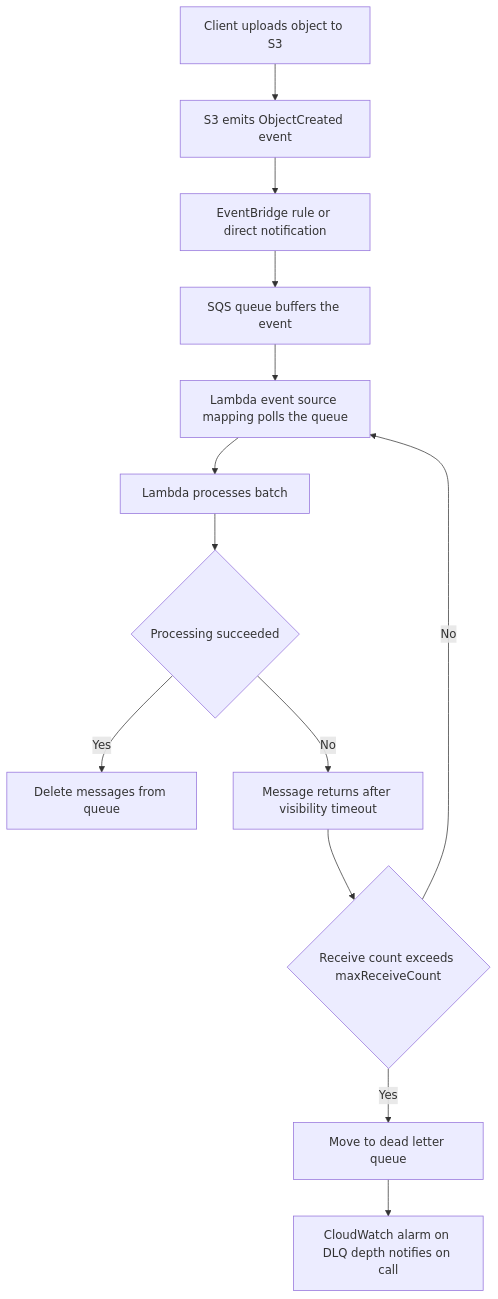
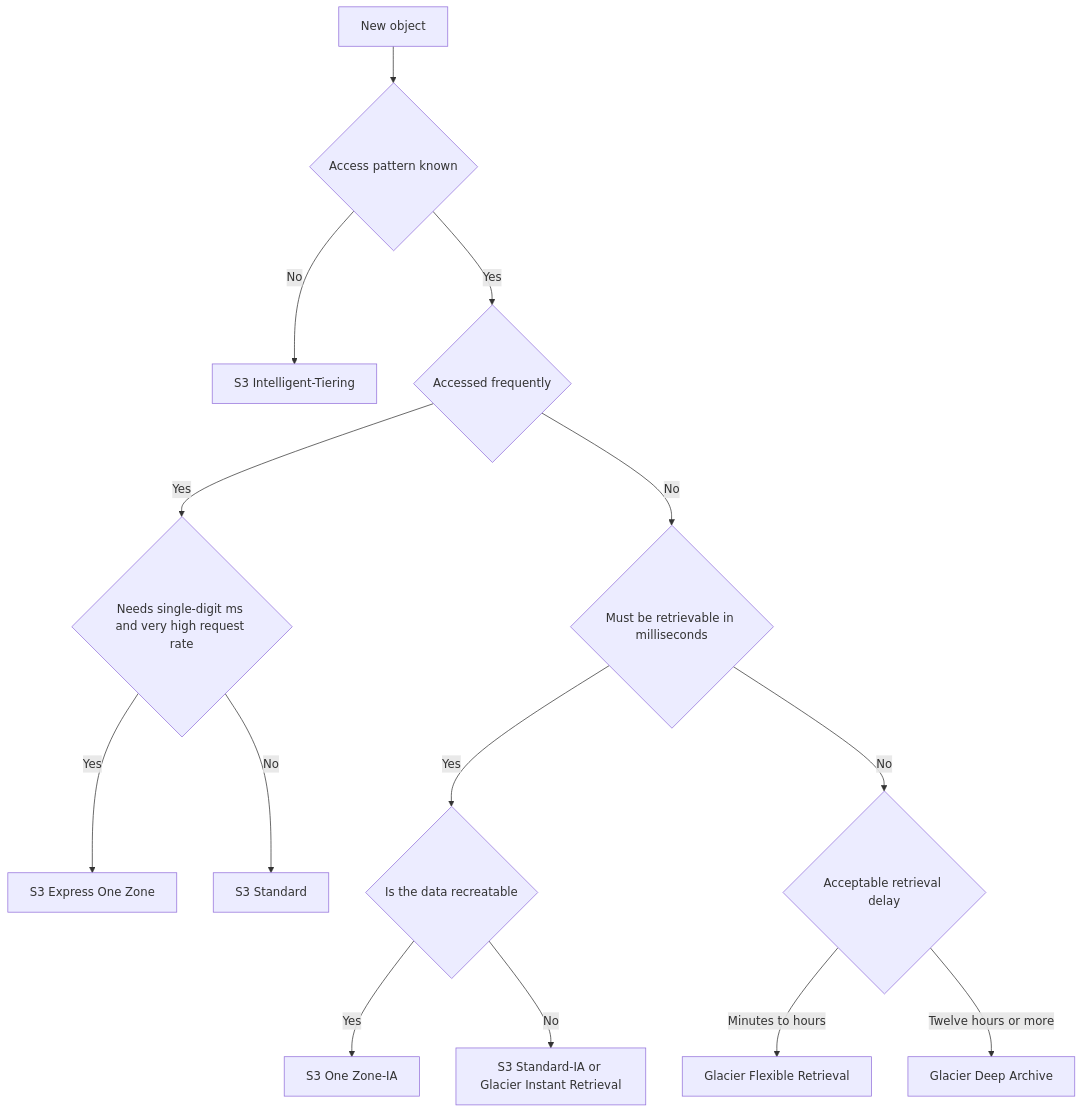
Before and after one commit to norbutlepcha25/dso303: diagram 14 of 22 in docs/unit1/topic4.md, drawn with Mermaid. The commit also changed other lines of this file and 945 other files, not shown here.

````diff
--- a/docs/unit1/topic4.md
+++ b/docs/unit1/topic4.md
@@ -650,15 +722,16 @@
 ```mermaid
-flowchart TD
-    A["Client uploads object to S3"] --> B["S3 emits ObjectCreated event"]
-    B --> C["EventBridge rule or direct notification"]
-    C --> D["SQS queue buffers the event"]
-    D --> E["Lambda event source mapping polls the queue"]
-    E --> F["Lambda processes batch"]
-    F --> G{"Processing succeeded"}
-    G -->|"Yes"| H["Delete messages from queue"]
-    G -->|"No"| I["Message returns after visibility timeout"]
-    I --> J{"Receive count exceeds maxReceiveCount"}
-    J -->|"Yes"| K["Move to dead letter queue"]
-    J -->|"No"| E
-    K --> L["CloudWatch alarm on DLQ depth notifies on call"]
+graph TD
+    A["New object"] --> B{"Access pattern known"}
+    B -->|"No"| C["S3 Intelligent-Tiering"]
+    B -->|"Yes"| D{"Accessed frequently"}
+    D -->|"Yes"| E{"Needs single-digit ms and very high request rate"}
+    E -->|"Yes"| F["S3 Express One Zone"]
+    E -->|"No"| G["S3 Standard"]
+    D -->|"No"| H{"Must be retrievable in milliseconds"}
+    H -->|"Yes"| I{"Is the data recreatable"}
+    I -->|"Yes"| J["S3 One Zone-IA"]
+    I -->|"No"| K["S3 Standard-IA or Glacier Instant Retrieval"]
+    H -->|"No"| L{"Acceptable retrieval delay"}
+    L -->|"Minutes to hours"| M["Glacier Flexible Retrieval"]
+    L -->|"Twelve hours or more"| N["Glacier Deep Archive"]
 ```
````
